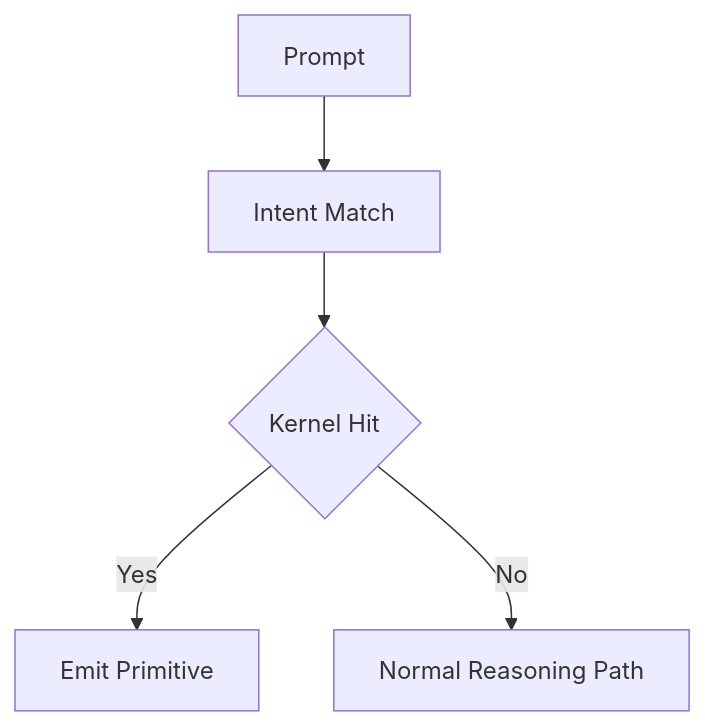
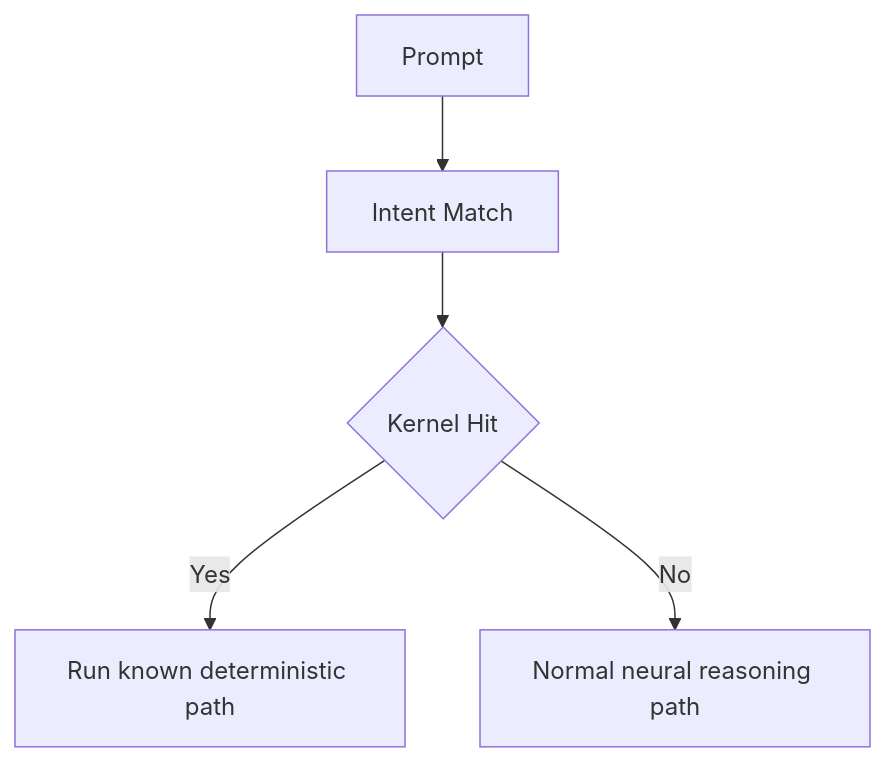
The diagram in README.md (aRcHmaGe333/ECOmpile), drawn with Mermaid before and after one commit. The commit also changed other lines of this file, not shown here.

````diff
--- a/README.md
+++ b/README.md
@@ -22,7 +19,7 @@
 ```mermaid
 flowchart TD
     A[Prompt] --> B[Intent Match]
     B --> C{Kernel Hit}
-    C -->|Yes| D[Emit Primitive]
-    C -->|No| E[Normal Reasoning Path]
+    C -->|Yes| D[Run known deterministic path]
+    C -->|No| E[Normal neural reasoning path]
 ```
````
